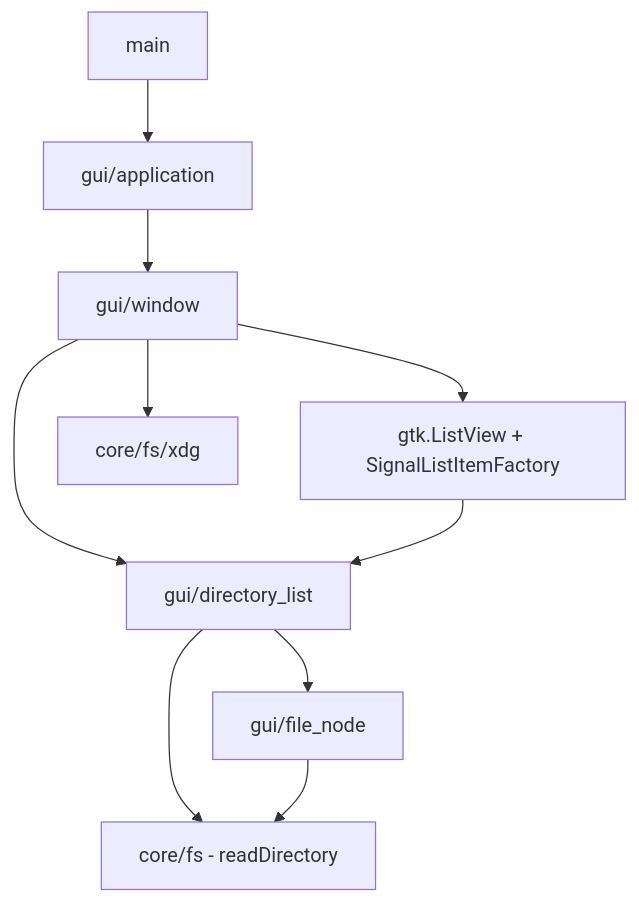
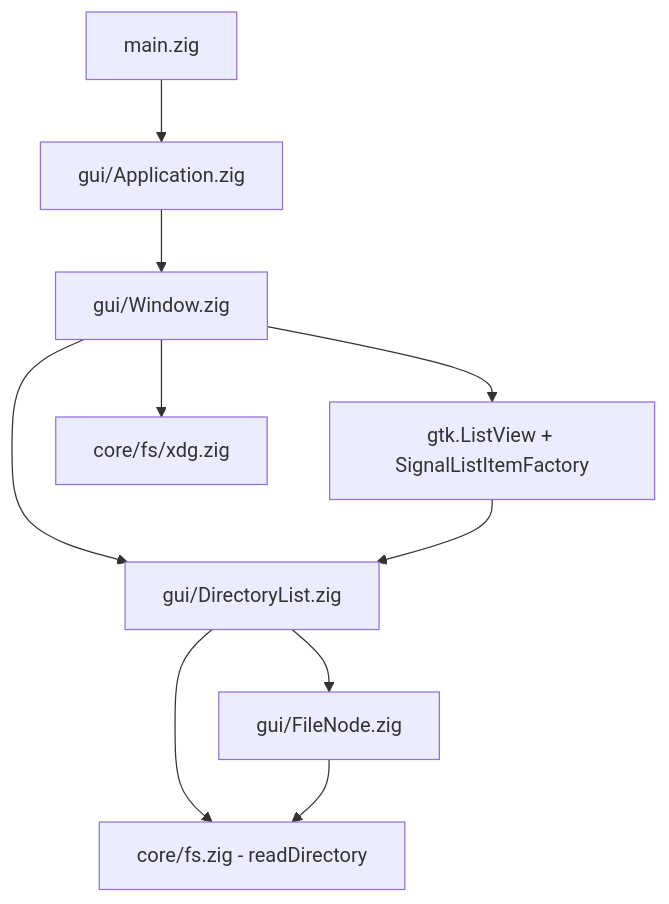
The diagram in planning/PLAN.md (KieranCanter/filebender), drawn with Mermaid before and after one commit. The commit also changed other lines of this file and 1 other file, not shown here.

Commit message:
Confirm writing in zig... hard decision between that and Odin but I've already written a project with an IOUring async loop in odin, wanna try it in zig and learn how async works with it.

````diff
--- a/planning/PLAN.md
+++ b/planning/PLAN.md
@@ -161,12 +145,12 @@
 ```mermaid
 graph TD
-    M[main] --> GA[gui/application]
-    GA --> GW[gui/window]
-    GW --> GDL[gui/directory_list]
+    M[main.zig] --> GA[gui/Application.zig]
+    GA --> GW[gui/Window.zig]
+    GW --> GDL[gui/DirectoryList.zig]
     GW --> GTK[gtk.ListView + SignalListItemFactory]
-    GDL --> GFN[gui/file_node]
-    GDL --> CF[core/fs - readDirectory]
+    GDL --> GFN[gui/FileNode.zig]
+    GDL --> CF[core/fs.zig - readDirectory]
     GFN --> CF
-    GW --> CX[core/fs/xdg]
+    GW --> CX[core/fs/xdg.zig]
     GTK --> GDL
 ```
````
